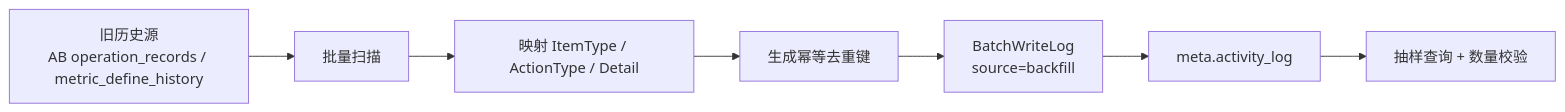
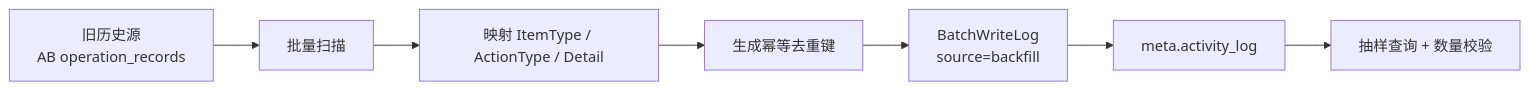
One commit to qinwenshiCH/workflow changed the third of 3 diagrams in specs/20260626-Wave-Feat-AddAuditLog/plan.md. Above: the diagram before and after it, drawn with Mermaid. The commit also changed other lines of this file and 2 other files, not shown here.

First line of the commit message:
docs: 补充现有日志归并分析与原始格式，按实际建表语句修正 schema

````diff
--- a/specs/20260626-Wave-Feat-AddAuditLog/plan.md
+++ b/specs/20260626-Wave-Feat-AddAuditLog/plan.md
@@ -1182,9 +958,9 @@
 ```mermaid
 flowchart LR
-    legacy["旧历史源<br/>AB operation_records / metric_define_history"] --> scan["批量扫描"]
+    legacy["旧历史源<br/>AB operation_records"] --> scan["批量扫描"]
     scan --> map["映射 ItemType / ActionType / Detail"]
     map --> dedupe["生成幂等去重键"]
     dedupe --> insert["BatchWriteLog<br/>source=backfill"]
     insert --> table["meta.activity_log"]
     table --> verify["抽样查询 + 数量校验"]
 ```
````
